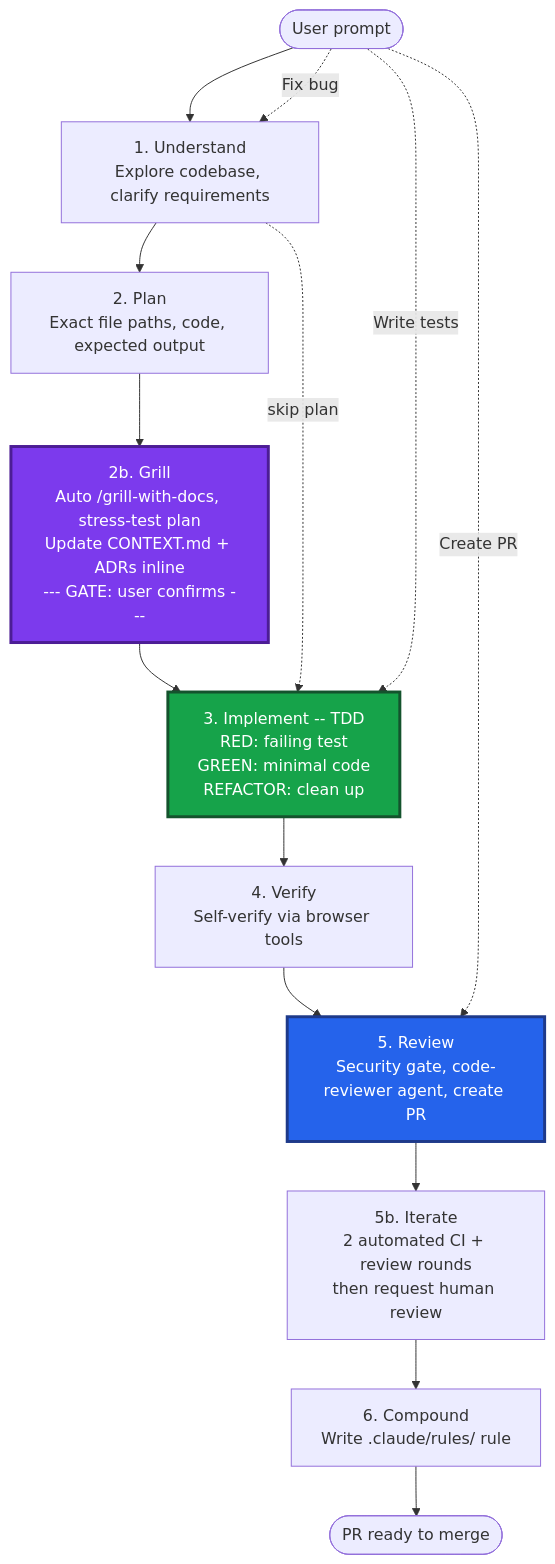
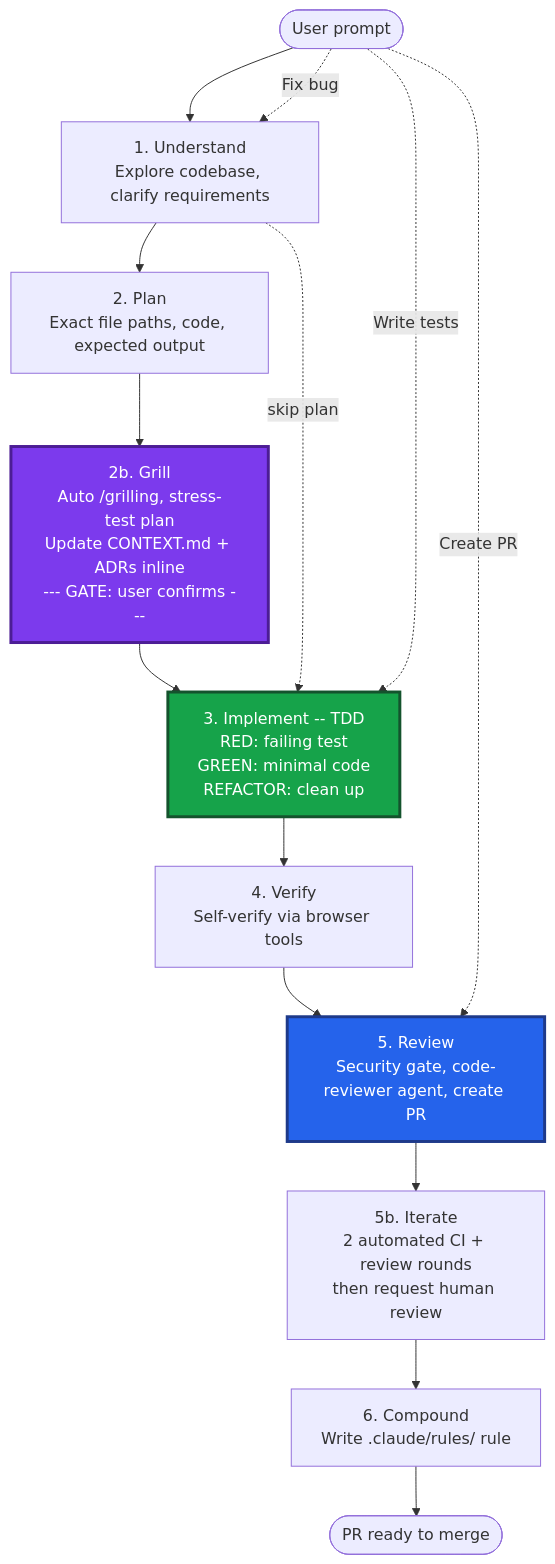
One commit to malinskibeniamin/skills changed the first of 2 diagrams in README.md. Above: the diagram before and after it, drawn with Mermaid. The commit also changed other lines of this file and 5 other files, not shown here.

````diff
--- a/README.md
+++ b/README.md
@@ -175,26 +90,26 @@
 ```mermaid
 graph TD
     Start([User prompt]) --> Understand
 
     Understand["1. Understand\nExplore codebase, clarify requirements"]
     Plan["2. Plan\nExact file paths, code, expected output"]
-    Grill["2b. Grill\nAuto /grill-with-docs, stress-test plan\nUpdate CONTEXT.md + ADRs inline\n--- GATE: user confirms ---"]
+    Grill["2b. Grill\nAuto /grilling, stress-test plan\nUpdate CONTEXT.md + ADRs inline\n--- GATE: user confirms ---"]
     Implement["3. Implement -- TDD\nRED: failing test\nGREEN: minimal code\nREFACTOR: clean up"]
     Verify["4. Verify\nSelf-verify via browser tools"]
     Review["5. Review\nSecurity gate, code-reviewer agent, create PR"]
     Iterate["5b. Iterate\n2 automated CI + review rounds\nthen request human review"]
     Compound["6. Compound\nWrite .claude/rules/ rule"]
     Done([PR ready to merge])
 
     Understand --> Plan --> Grill --> Implement
     Implement --> Verify --> Review --> Iterate --> Compound --> Done
 
     Start -. "Fix bug" .-> Understand
     Understand -. "skip plan" .-> Implement
     Start -. "Write tests" .-> Implement
     Start -. "Create PR" .-> Review
 
     style Grill fill:#7c3aed,stroke:#4c1d95,stroke-width:3px,color:#fff
     style Implement fill:#16a34a,stroke:#14532d,stroke-width:3px,color:#fff
     style Review fill:#2563eb,stroke:#1e3a8a,stroke-width:3px,color:#fff
 ```
````
